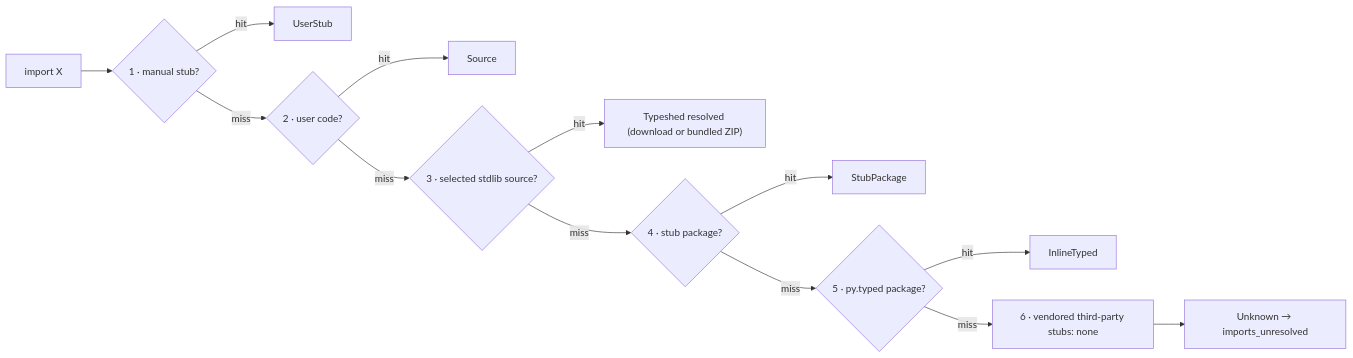
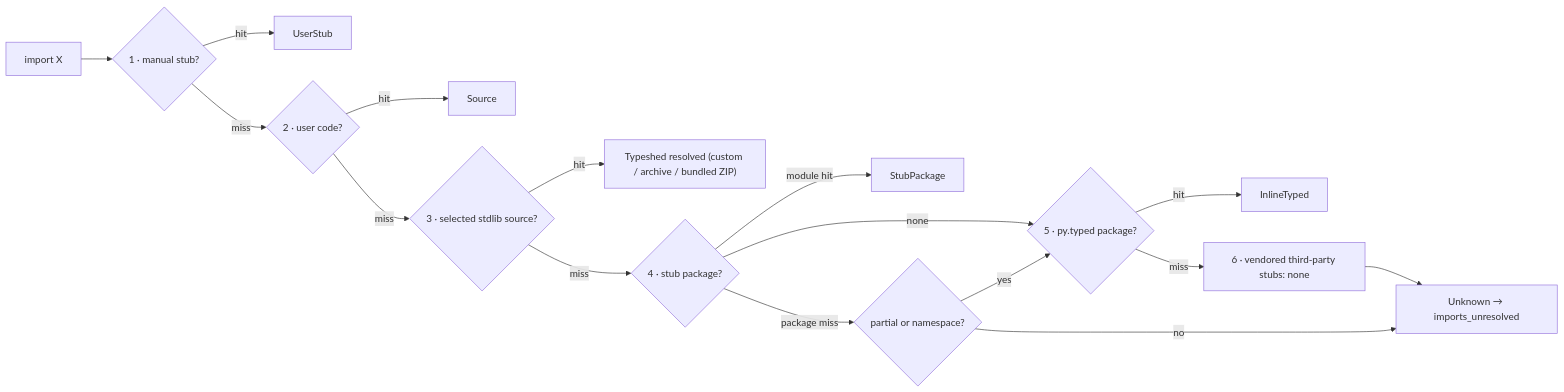
The diagram in docs/specs/CHECKER-STUB-RESOLUTION-SPEC.md (Nimblesite/Basilisk), drawn with Mermaid before and after one commit. The commit also changed other lines of this file and 24 other files, not shown here.

````diff
--- a/docs/specs/CHECKER-STUB-RESOLUTION-SPEC.md
+++ b/docs/specs/CHECKER-STUB-RESOLUTION-SPEC.md
@@ -189,15 +159,18 @@
 ```mermaid
 flowchart LR
     A["import X"] --> S1{"1 · manual stub?"}
     S1 -- hit --> R1["UserStub"]
     S1 -- miss --> S2{"2 · user code?"}
     S2 -- hit --> R2["Source"]
     S2 -- miss --> S3{"3 · selected stdlib source?"}
-    S3 -- hit --> R3["Typeshed resolved (download or bundled ZIP)"]
+    S3 -- hit --> R3["Typeshed resolved (custom / archive / bundled ZIP)"]
     S3 -- miss --> S4{"4 · stub package?"}
-    S4 -- hit --> R4["StubPackage"]
-    S4 -- miss --> S5{"5 · py.typed package?"}
+    S4 -- module hit --> R4["StubPackage"]
+    S4 -- none --> S5{"5 · py.typed package?"}
+    S4 -- package miss --> P4{"partial or namespace?"}
+    P4 -- yes --> S5
+    P4 -- no --> U
     S5 -- hit --> R5["InlineTyped"]
     S5 -- miss --> S6["6 · vendored third-party stubs: none"]
     S6 --> U["Unknown → imports_unresolved"]
 ```
````
